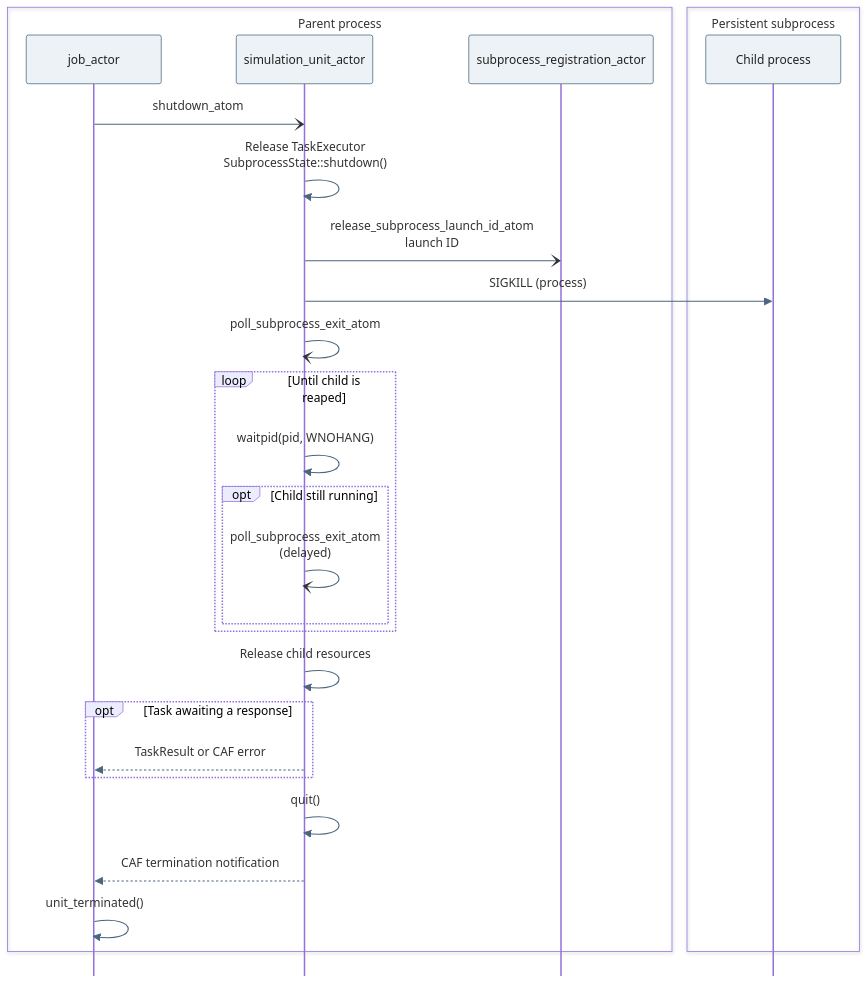
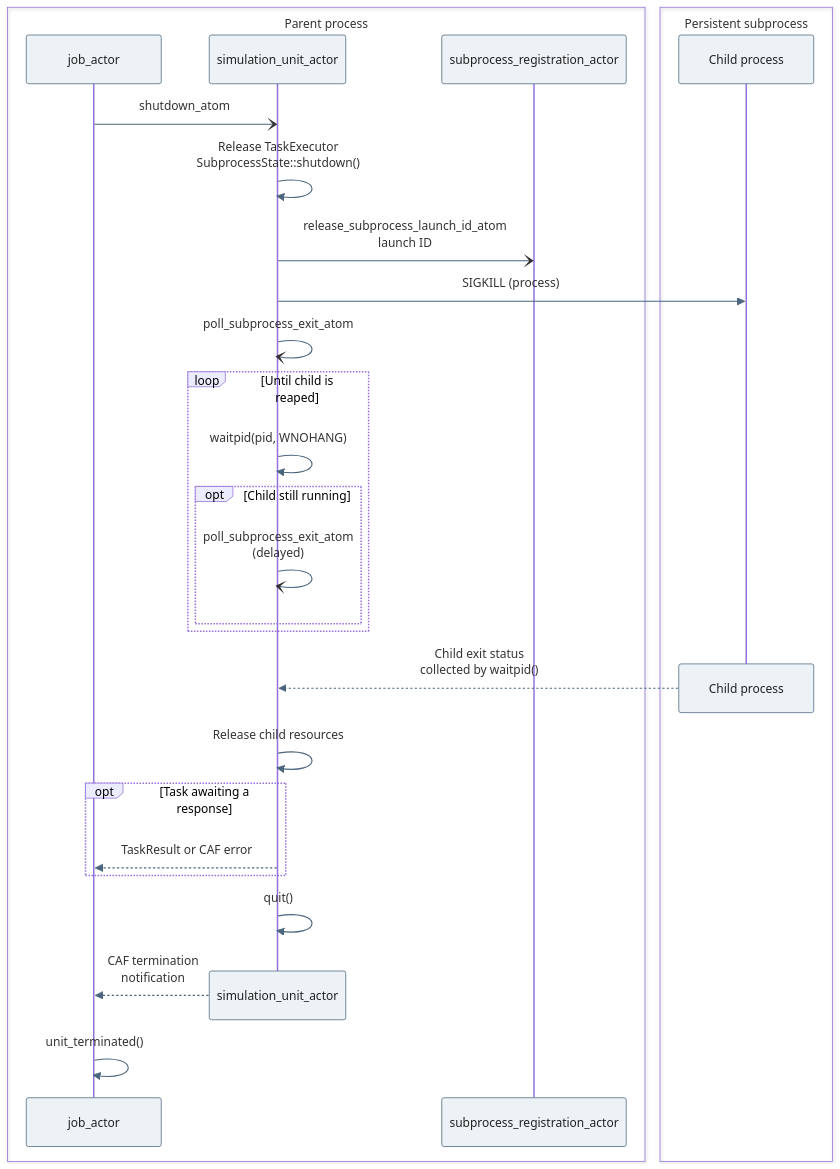
One commit to uofs-simlab/miaow-framework changed the diagram in docs/diagrams/subprocess_cleanup.mmd. Above: the diagram before and after it, drawn with Mermaid. The commit also changed 4 other files, not shown here.

Commit message:
update architecture diagrams

```diff
--- a/docs/diagrams/subprocess_cleanup.mmd
+++ b/docs/diagrams/subprocess_cleanup.mmd
@@ -1,49 +1,52 @@
 ---
 config:
   sequence:
     useMaxWidth: true
-    mirrorActors: false
+    mirrorActors: true
     width: 180
     actorMargin: 50
     diagramMarginX: 50
     diagramMarginY: 12
     messageMargin: 18
     actorFontSize: 14
     messageFontSize: 14
     noteFontSize: 14
   themeVariables:
     actorBkg: "#edf2f6"
     actorBorder: "#4a657d"
     actorTextColor: "#222222"
     signalColor: "#4a657d"
     noteBkgColor: "#fff3df"
     noteBorderColor: "#e8a84b"
 ---
 sequenceDiagram
     box transparent Parent process
         participant J as job_actor
         participant U as simulation_unit_actor
         participant Reg as subprocess_registration_actor
     end
     box transparent Persistent subprocess
         participant P as Child process
     end
 
     J-)U: shutdown_atom
     U->>U: Release TaskExecutor<br/>SubprocessState::shutdown()
     U-)Reg: release_subprocess_launch_id_atom<br/>launch ID
     U->>P: SIGKILL (process)
     U-)U: poll_subprocess_exit_atom
     loop Until child is reaped
         U->>U: waitpid(pid, WNOHANG)
         opt Child still running
             U-)U: poll_subprocess_exit_atom<br/>(delayed)
         end
     end
+    destroy P
+    P-->>U: Child exit status<br/>collected by waitpid()
     U->>U: Release child resources
     opt Task awaiting a response
         U-->>J: TaskResult or CAF error
     end
     U->>U: quit()
-    U-->>J: CAF termination notification
+    destroy U
+    U-->>J: CAF termination<br/>notification
     J->>J: unit_terminated()
```
